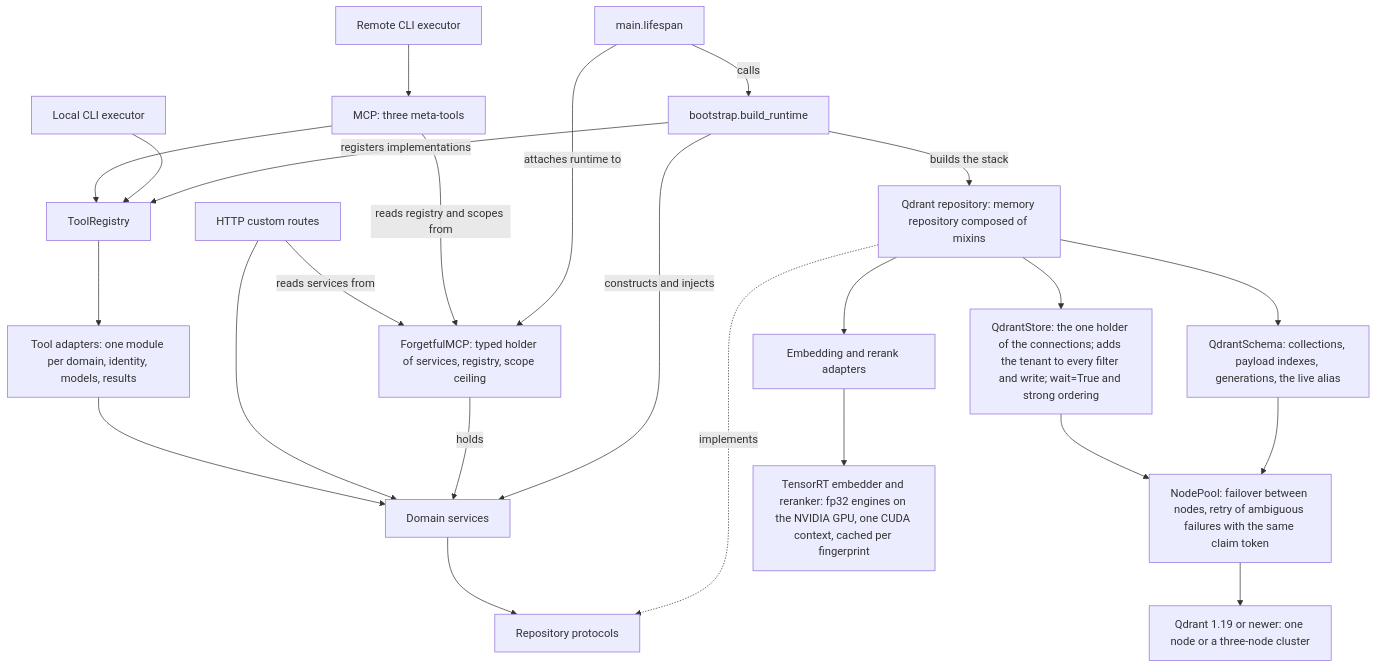
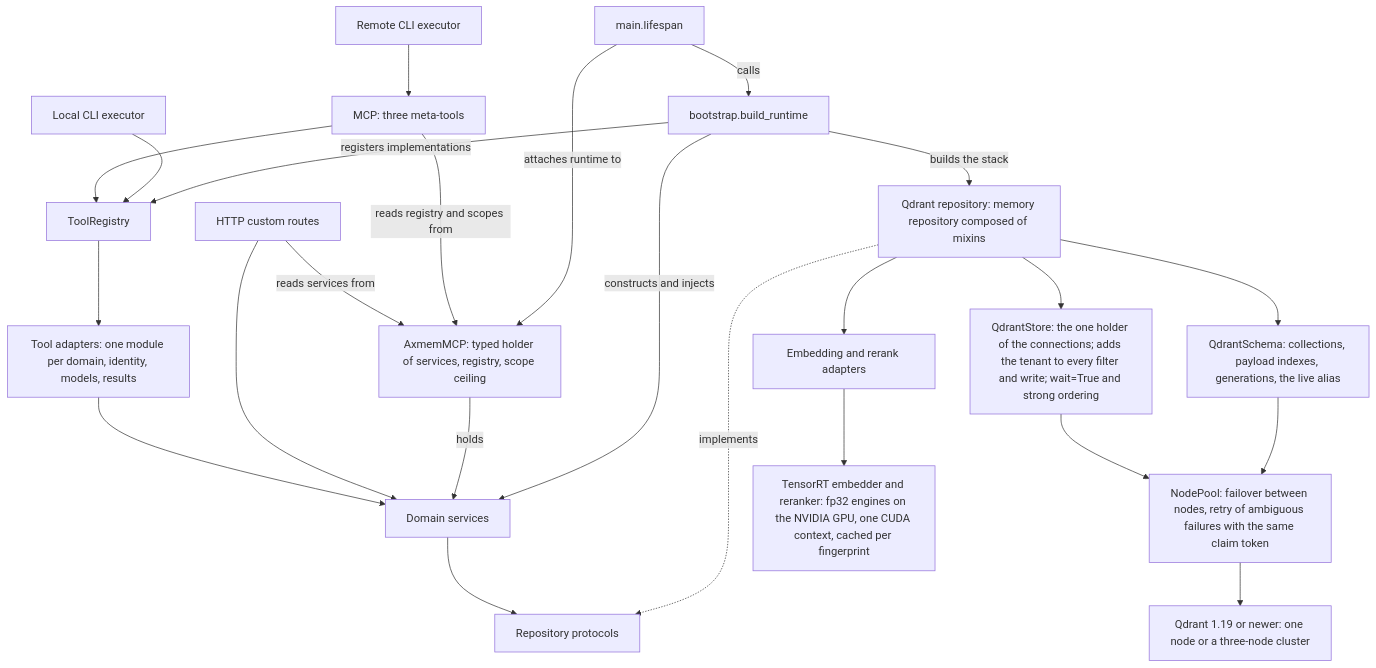
One commit to Axiumine/axmem changed the diagram in architecture.md. Above: the diagram before and after it, drawn with Mermaid. The commit also changed other lines of this file and 178 other files, not shown here.

First line of the commit message:
🤖 chore(rename): rename forgetful to axmem

````diff
--- a/architecture.md
+++ b/architecture.md
@@ -27,27 +28,27 @@
 ```mermaid
 flowchart TD
     MCP["MCP: three meta-tools"] --> Registry["ToolRegistry"]
     Local["Local CLI executor"] --> Registry
     Remote["Remote CLI executor"] --> MCP
     Registry --> ToolAdapters["Tool adapters: one module per domain, identity, models, results"]
     ToolAdapters --> Services["Domain services"]
     HTTP["HTTP custom routes"] --> Services
-    Server["ForgetfulMCP: typed holder of services, registry, scope ceiling"]
+    Server["AxmemMCP: typed holder of services, registry, scope ceiling"]
     HTTP -->|reads services from| Server
     MCP -->|reads registry and scopes from| Server
     Server -->|holds| Services
     Services --> Contracts["Repository protocols"]
     Qdrant["Qdrant repository: memory repository composed of mixins"] -. implements .-> Contracts
     Qdrant --> Store["QdrantStore: the one holder of the connections; adds the tenant to every filter and write; wait=True and strong ordering"]
     Qdrant --> Schema["QdrantSchema: collections, payload indexes, generations, the live alias"]
     Store --> Pool["NodePool: failover between nodes, retry of ambiguous failures with the same claim token"]
     Schema --> Pool
     Pool --> QdrantDB["Qdrant 1.19 or newer: one node or a three-node cluster"]
     Qdrant --> Providers["Embedding and rerank adapters"]
     Providers --> TensorRT["TensorRT embedder and reranker: fp32 engines on the NVIDIA GPU, one CUDA context, cached per fingerprint"]
     Lifespan["main.lifespan"] -->|calls| Bootstrap["bootstrap.build_runtime"]
     Lifespan -->|attaches runtime to| Server
     Bootstrap -->|constructs and injects| Services
     Bootstrap -->|registers implementations| Registry
     Bootstrap -->|builds the stack| Qdrant
 ```
````
